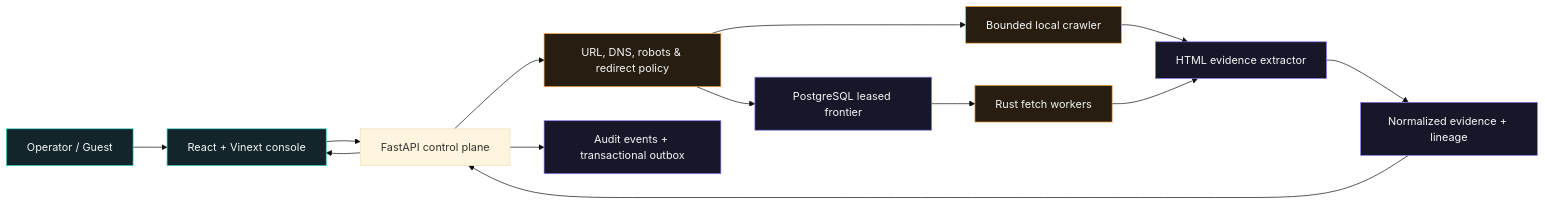
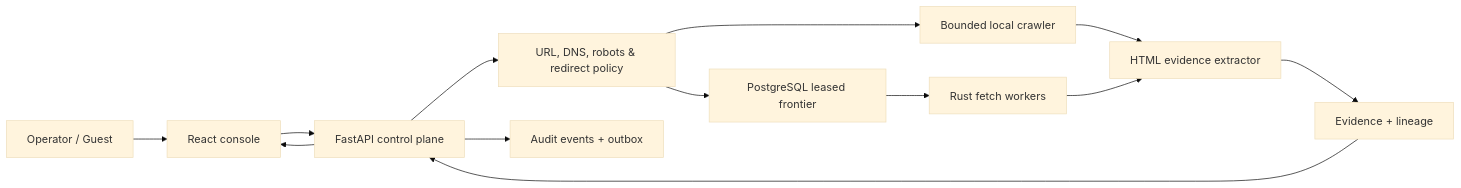
One commit to muhammadmahadazher/skein-web-intelligence changed the diagram in README.md. Above: the diagram before and after it, drawn with Mermaid (base theme). The commit also changed other lines of this file and 12 other files, not shown here.

````diff
--- a/README.md
+++ b/README.md
@@ -81,22 +134,15 @@
 ```mermaid
 flowchart LR
-    Operator["Operator / Guest"] --> Console["React + Vinext console"]
+    Operator["Operator / Guest"] --> Console["React console"]
     Console --> API["FastAPI control plane"]
     API --> Policy["URL, DNS, robots & redirect policy"]
-    Policy --> LocalCrawler["Bounded local crawler"]
+    Policy --> Local["Bounded local crawler"]
     Policy --> Frontier["PostgreSQL leased frontier"]
-    Frontier --> Fetchers["Rust fetch workers"]
-    LocalCrawler --> Extractor["HTML evidence extractor"]
-    Fetchers --> Extractor
-    Extractor --> Evidence["Normalized evidence + lineage"]
+    Frontier --> Rust["Rust fetch workers"]
+    Local --> Extract["HTML evidence extractor"]
+    Rust --> Extract
+    Extract --> Evidence["Evidence + lineage"]
     Evidence --> API
     API --> Console
-    API --> Audit["Audit events + transactional outbox"]
-
-    classDef ui fill:#13242a,stroke:#2dd4bf,color:#f4f7f5
-    classDef safety fill:#281d11,stroke:#f4a641,color:#f4f7f5
-    classDef data fill:#17172a,stroke:#8b7cf6,color:#f4f7f5
-    class Operator,Console ui
-    class Policy,LocalCrawler,Fetchers safety
-    class Frontier,Extractor,Evidence,Audit data
+    API --> Audit["Audit events + outbox"]
 ```
````
